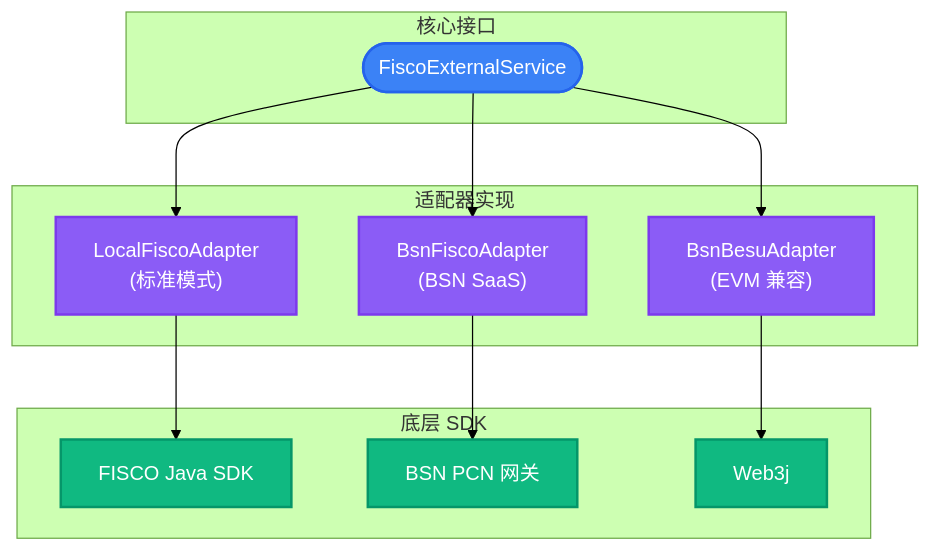
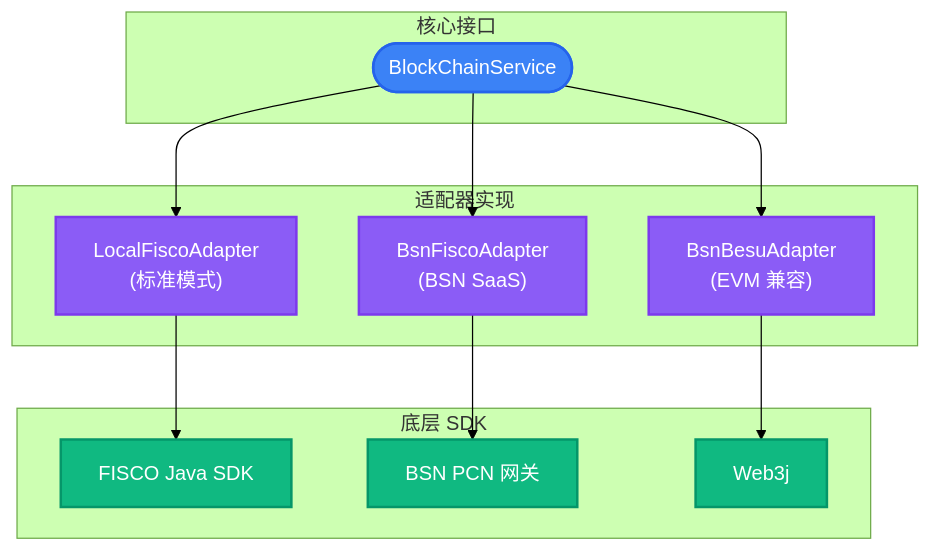
The first of 2 diagrams in docs/zh/architecture/blockchain-integration.md (SoarCollab/RecordPlatform), drawn with Mermaid (forest theme) before and after one commit. The commit also changed other lines of this file and 15 other files, not shown here.

````diff
--- a/docs/zh/architecture/blockchain-integration.md
+++ b/docs/zh/architecture/blockchain-integration.md
@@ -72,31 +79,31 @@
 ```mermaid
 flowchart TB
     %% Styles %%
     classDef interface fill:#3b82f6,stroke:#2563eb,stroke-width:2px,color:#ffffff
     classDef adapter fill:#8b5cf6,stroke:#7c3aed,stroke-width:2px,color:#ffffff
     classDef sdk fill:#10b981,stroke:#059669,stroke-width:2px,color:#ffffff
 
     subgraph API["核心接口"]
-        Interface([FiscoExternalService]):::interface
+        Interface([BlockChainService]):::interface
     end
 
     subgraph Impls["适配器实现"]
         LocalAdapter["LocalFiscoAdapter<br/>(标准模式)"]:::adapter
         BsnAdapter["BsnFiscoAdapter<br/>(BSN SaaS)"]:::adapter
         BesuAdapter["BsnBesuAdapter<br/>(EVM 兼容)"]:::adapter
     end
 
     subgraph SDKs["底层 SDK"]
         FiscoSDK["FISCO Java SDK"]:::sdk
         BsnSDK["BSN PCN 网关"]:::sdk
         Web3j["Web3j"]:::sdk
     end
 
     Interface --> LocalAdapter
     Interface --> BsnAdapter
     Interface --> BesuAdapter
 
     LocalAdapter --> FiscoSDK
     BsnAdapter --> BsnSDK
     BesuAdapter --> Web3j
 ```
````
